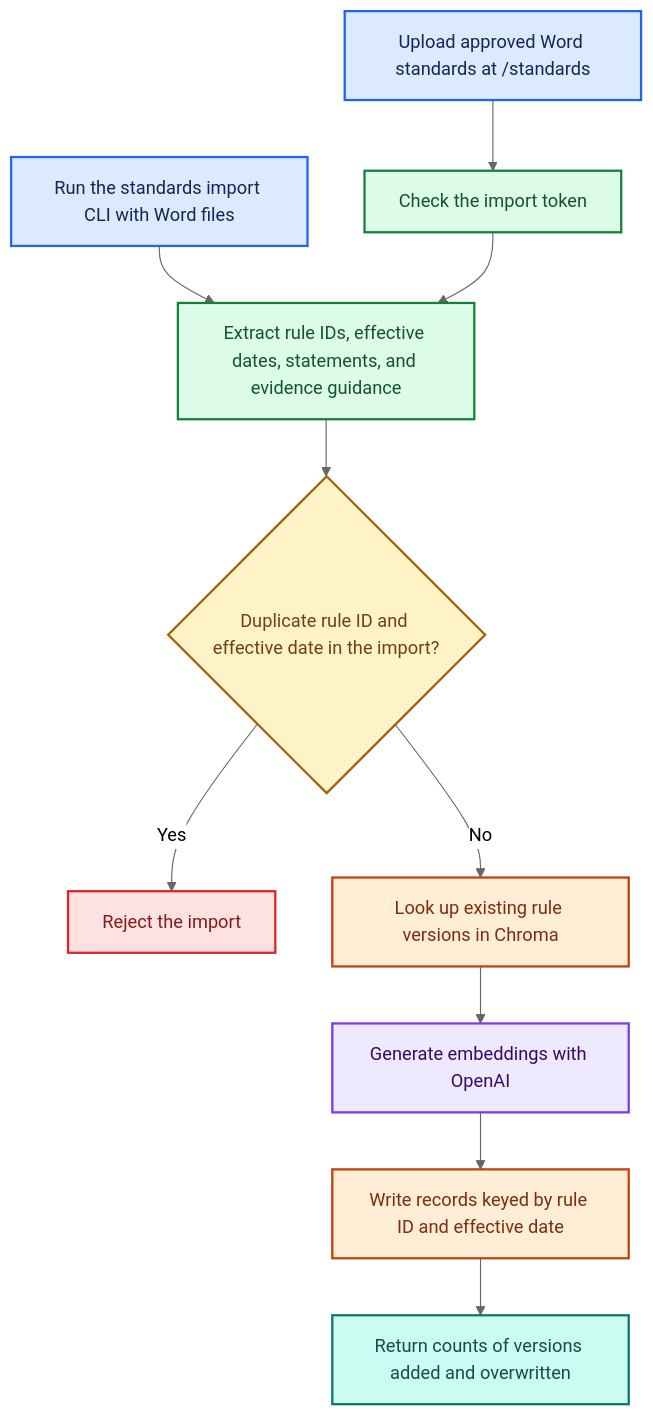
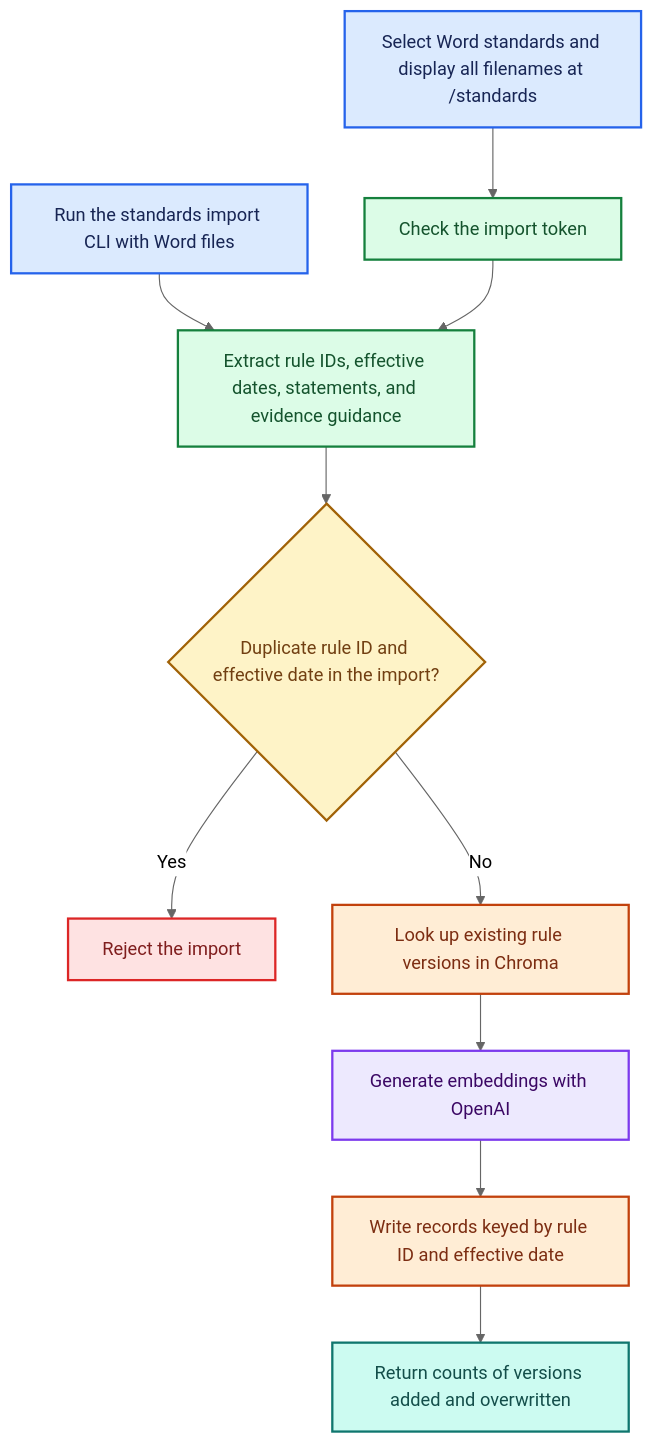
Before and after one commit to girisheduru/archgovasst: the first of 2 diagrams in ARCHITECTURE.md, drawn with Mermaid (neutral theme). The commit also changed other lines of this file and 9 other files, not shown here.

````diff
--- a/ARCHITECTURE.md
+++ b/ARCHITECTURE.md
@@ -28,27 +28,27 @@
 ```mermaid
 flowchart TD
-    Web["Upload approved Word standards at /standards"] --> Auth["Check the import token"]
+    Web["Select Word standards and display all filenames at /standards"] --> Auth["Check the import token"]
     CLI["Run the standards import CLI with Word files"] --> Parse["Extract rule IDs, effective dates, statements, and evidence guidance"]
     Auth --> Parse
     Parse --> Duplicate{"Duplicate rule ID and effective date in the import?"}
     Duplicate -->|"Yes"| Reject["Reject the import"]
     Duplicate -->|"No"| Lookup["Look up existing rule versions in Chroma"]
     Lookup --> Embed["Generate embeddings with OpenAI"]
     Embed --> Save["Write records keyed by rule ID and effective date"]
     Save --> Result["Return counts of versions added and overwritten"]
 
     classDef user fill:#dbeafe,stroke:#2563eb,color:#172554,stroke-width:2px;
     class Web,CLI user;
     classDef process fill:#dcfce7,stroke:#15803d,color:#14532d,stroke-width:2px;
     class Auth,Parse process;
     classDef decision fill:#fef3c7,stroke:#a16207,color:#713f12,stroke-width:2px;
     class Duplicate decision;
     classDef rejected fill:#fee2e2,stroke:#dc2626,color:#7f1d1d,stroke-width:2px;
     class Reject rejected;
     classDef store fill:#ffedd5,stroke:#c2410c,color:#7c2d12,stroke-width:2px;
     class Lookup,Save store;
     classDef llm fill:#ede9fe,stroke:#7c3aed,color:#3b0764,stroke-width:2px;
     class Embed llm;
     classDef output fill:#ccfbf1,stroke:#0f766e,color:#134e4a,stroke-width:2px;
     class Result output;
 ```
````
